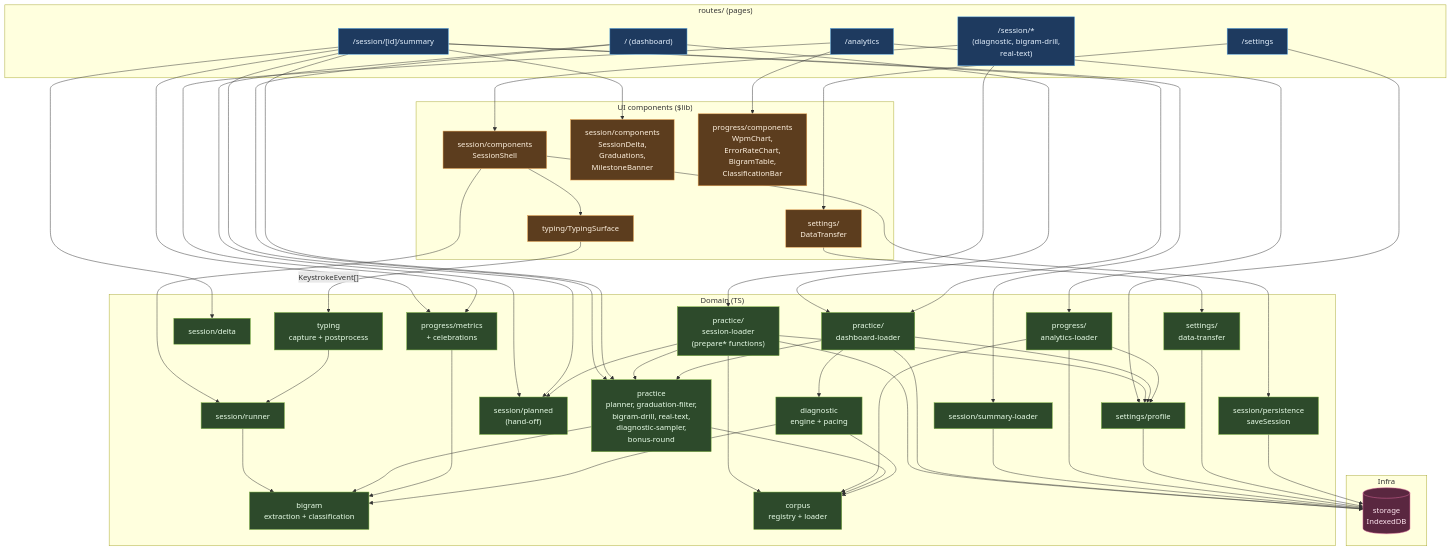
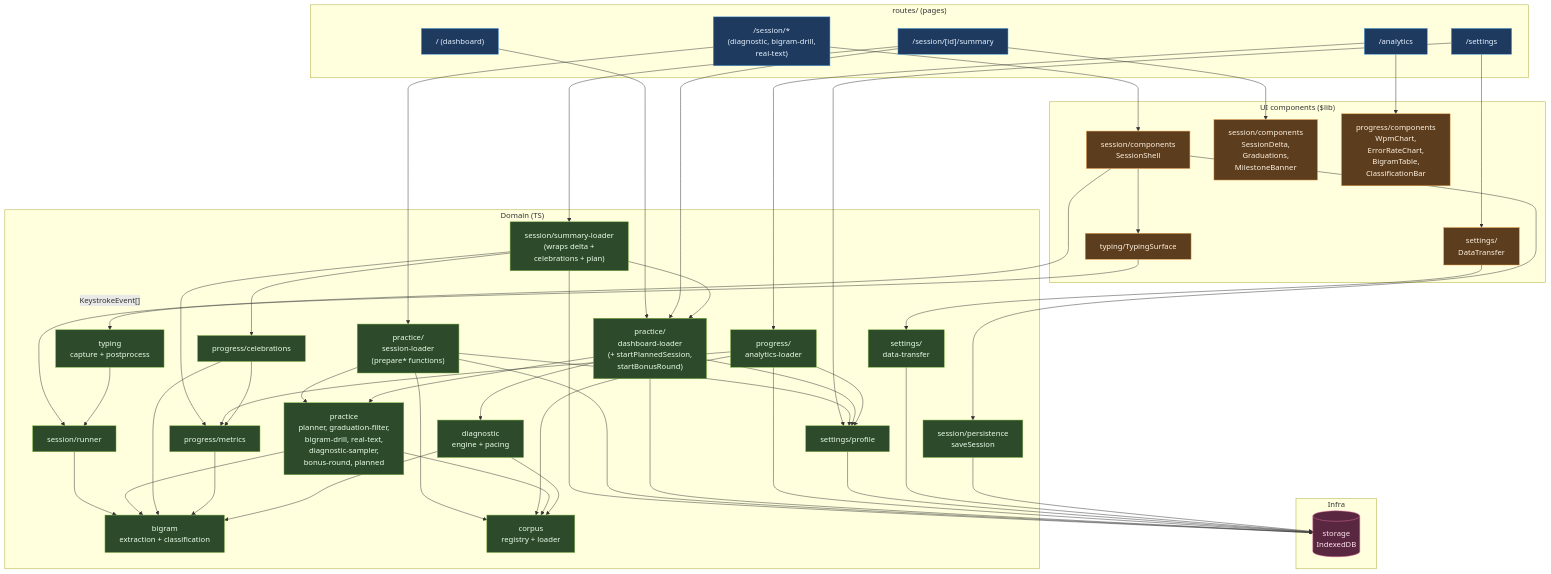
Before and after one commit to Alounv/typing-trainer: the diagram in ARCHITECTURE.md, drawn with Mermaid. The commit also changed other lines of this file and 55 other files, not shown here.

Commit message:
Try to clarify architecture

````diff
--- a/ARCHITECTURE.md
+++ b/ARCHITECTURE.md
@@ -30,15 +34,14 @@
         Typing["typing<br/>capture + postprocess"]
         Runner["session/runner"]
         Persistence["session/persistence<br/>saveSession"]
-        Planned["session/planned<br/>(hand-off)"]
-        Delta["session/delta"]
-        SummaryLoader["session/summary-loader"]
+        SummaryLoader["session/summary-loader<br/>(wraps delta +<br/>celebrations + plan)"]
 
-        DashLoader["practice/<br/>dashboard-loader"]
+        DashLoader["practice/<br/>dashboard-loader<br/>(+ startPlannedSession,<br/>startBonusRound)"]
         SessLoader["practice/<br/>session-loader<br/>(prepare* functions)"]
-        PracticeCore["practice<br/>planner, graduation-filter,<br/>bigram-drill, real-text,<br/>diagnostic-sampler,<br/>bonus-round"]
+        PracticeCore["practice<br/>planner, graduation-filter,<br/>bigram-drill, real-text,<br/>diagnostic-sampler,<br/>bonus-round, planned"]
 
-        Metrics["progress/metrics<br/>+ celebrations"]
+        Celebrations["progress/celebrations"]
+        Metrics["progress/metrics"]
         AnalyticsLoader["progress/<br/>analytics-loader"]
 
         Bigram["bigram<br/>extraction + classification"]
@@ -52,10 +55,8 @@
         Storage[("storage<br/>IndexedDB")]
     end
 
-    %% Dashboard
+    %% Dashboard — single loader boundary.
     R_Dash --> DashLoader
-    R_Dash --> Planned
-    R_Dash --> PracticeCore
 
     %% Session write-path (keystroke -> storage)
     R_Sess --> Shell
@@ -67,19 +68,16 @@
     Typing --> Runner
     Runner --> Bigram
 
-    %% Summary
+    %% Summary — loader returns delta + celebrations + next planned session.
+    %% The DashLoader edge is only for the `startPlannedSession` /
+    %% `startBonusRound` hand-off actions, not data loading.
     R_Summary --> SummaryCmp
     R_Summary --> SummaryLoader
-    R_Summary --> Delta
-    R_Summary --> Metrics
     R_Summary --> DashLoader
-    R_Summary --> Planned
-    R_Summary --> PracticeCore
 
     %% Analytics
     R_Ana --> Charts
     R_Ana --> AnalyticsLoader
-    R_Ana --> Metrics
 
     %% Settings
     R_Set --> DataXfer
@@ -87,7 +85,10 @@
     DataXfer --> DataTransferDom
 
     %% Domain internal + domain -> infra
-    SessLoader --> Planned
+    SummaryLoader --> Metrics
+    SummaryLoader --> Celebrations
+    SummaryLoader --> DashLoader
+    SummaryLoader --> Storage
     SessLoader --> PracticeCore
     SessLoader --> Corpus
     SessLoader --> Profile
@@ -96,12 +97,14 @@
     DashLoader --> Diag
     DashLoader --> Profile
     DashLoader --> Storage
-    SummaryLoader --> Storage
+    AnalyticsLoader --> Metrics
     AnalyticsLoader --> Storage
     AnalyticsLoader --> Profile
     AnalyticsLoader --> Corpus
     PracticeCore --> Corpus
     PracticeCore --> Bigram
+    Celebrations --> Metrics
+    Celebrations --> Bigram
     Metrics --> Bigram
     Diag --> Corpus
     Diag --> Bigram
@@ -115,6 +118,6 @@
     classDef infra fill:#5a2740,stroke:#e06c9f,color:#ffe6f0
     class R_Dash,R_Sess,R_Summary,R_Ana,R_Set route
     class Shell,Surface,SummaryCmp,Charts,DataXfer ui
-    class Typing,Runner,Persistence,Planned,Delta,SummaryLoader,DashLoader,SessLoader,PracticeCore,Metrics,AnalyticsLoader,Bigram,Diag,Corpus,Profile,DataTransferDom domain
+    class Typing,Runner,Persistence,SummaryLoader,DashLoader,SessLoader,PracticeCore,Metrics,Celebrations,AnalyticsLoader,Bigram,Diag,Corpus,Profile,DataTransferDom domain
     class Storage infra
 ```
````
